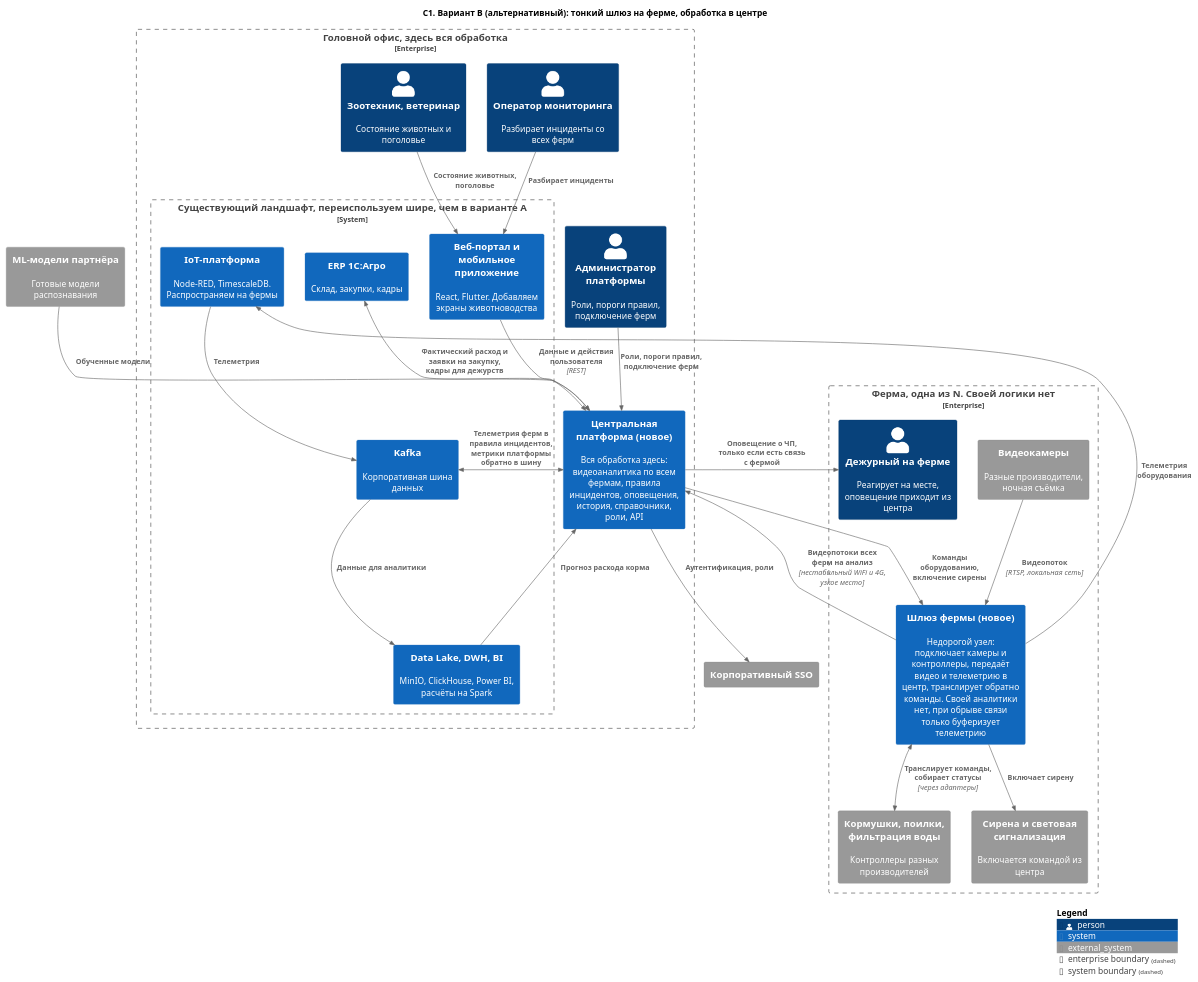
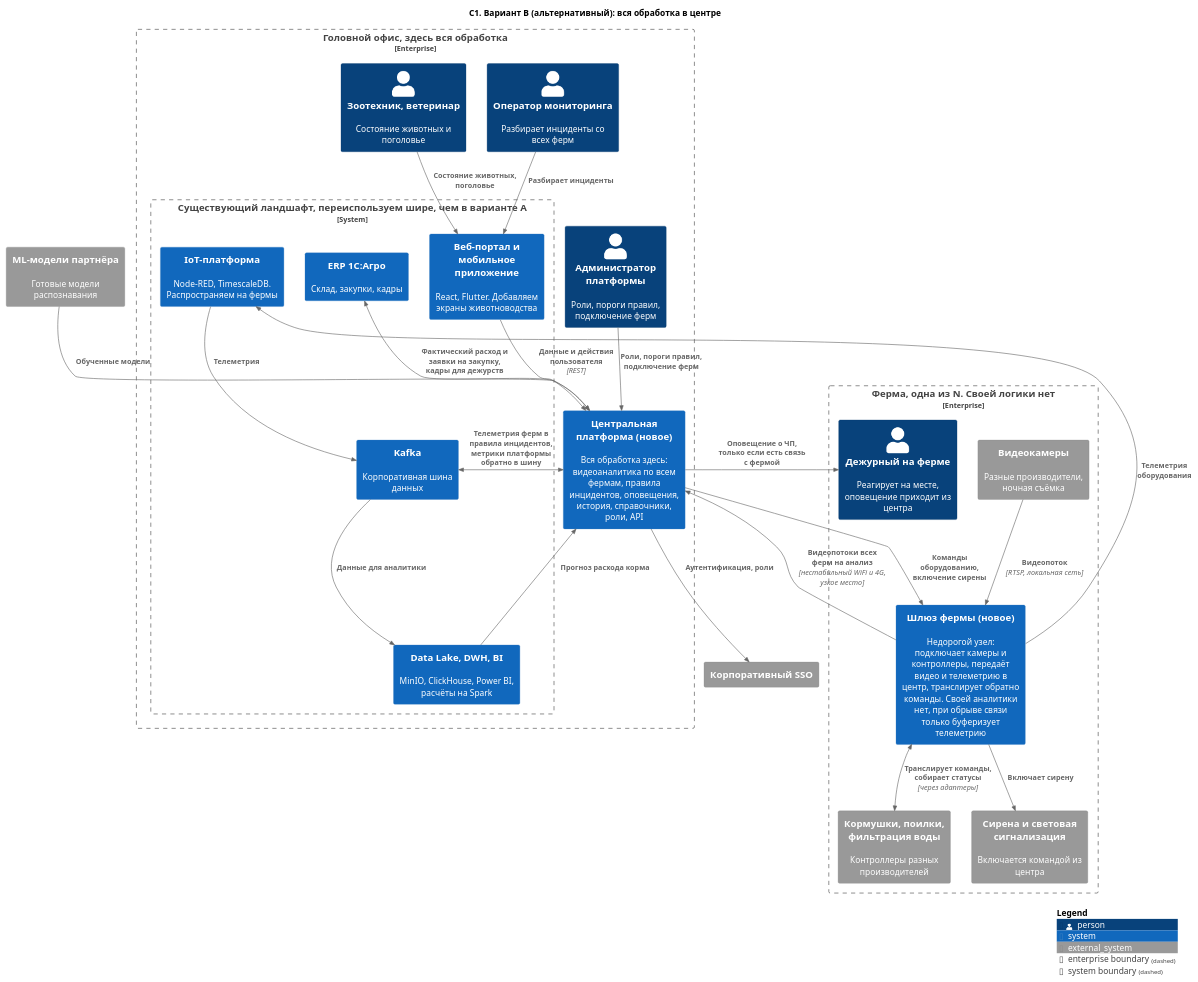
Before and after one commit to FCTL3314/MSA-AgroTech: the diagram in Task1/C1-alternative.puml, drawn with PlantUML. The commit also changed 4 other files, not shown here.

```diff
--- a/Task1/C1-alternative.puml
+++ b/Task1/C1-alternative.puml
@@ -1,56 +1,56 @@
 @startuml C1-alternative
 !include <C4/C4_Context>
 
-title C1. Вариант B (альтернативный): тонкий шлюз на ферме, обработка в центре
+title C1. Вариант B (альтернативный): вся обработка в центре
 
 Enterprise_Boundary(farm, "Ферма, одна из N. Своей логики нет") {
   Person(duty, "Дежурный на ферме", "Реагирует на месте, оповещение приходит из центра")
 
   System(gateway, "Шлюз фермы (новое)", "Недорогой узел: подключает камеры и контроллеры, передаёт видео и телеметрию в центр, транслирует обратно команды. Своей аналитики нет, при обрыве связи только буферизует телеметрию")
 
   System_Ext(cameras, "Видеокамеры", "Разные производители, ночная съёмка")
   System_Ext(equipment, "Кормушки, поилки, фильтрация воды", "Контроллеры разных производителей")
   System_Ext(siren, "Сирена и световая сигнализация", "Включается командой из центра")
 }
 
 Enterprise_Boundary(hq, "Головной офис, здесь вся обработка") {
   Person(operator, "Оператор мониторинга", "Разбирает инциденты со всех ферм")
   Person(zoo, "Зоотехник, ветеринар", "Состояние животных и поголовье")
   Person(admin, "Администратор платформы", "Роли, пороги правил, подключение ферм")
   System(central, "Центральная платформа (новое)", "Вся обработка здесь: видеоаналитика по всем фермам, правила инцидентов, оповещения, история, справочники, роли, API")
 
   System_Boundary(landscape, "Существующий ландшафт, переиспользуем шире, чем в варианте A") {
     System(iot, "IoT-платформа", "Node-RED, TimescaleDB. Распространяем на фермы")
     System(apps, "Веб-портал и мобильное приложение", "React, Flutter. Добавляем экраны животноводства")
     System(kafka, "Kafka", "Корпоративная шина данных")
     System(storage, "Data Lake, DWH, BI", "MinIO, ClickHouse, Power BI, расчёты на Spark")
     System(erp, "ERP 1С:Агро", "Склад, закупки, кадры")
   }
 }
 
 System_Ext(mlmodel, "ML-модели партнёра", "Готовые модели распознавания")
 System_Ext(idp, "Корпоративный SSO")
 
 Rel(cameras, gateway, "Видеопоток", "RTSP, локальная сеть")
 BiRel(gateway, equipment, "Транслирует команды, собирает статусы", "через адаптеры")
 Rel(gateway, siren, "Включает сирену")
 
 Rel(gateway, central, "Видеопотоки всех ферм на анализ", "нестабильный WiFi и 4G, узкое место")
 Rel(gateway, iot, "Телеметрия оборудования")
 Rel(central, gateway, "Команды оборудованию, включение сирены")
 Rel(central, duty, "Оповещение о ЧП, только если есть связь с фермой")
 BiRel(central, kafka, "Телеметрия ферм в правила инцидентов, метрики платформы обратно в шину")
 Rel(iot, kafka, "Телеметрия")
 Rel(mlmodel, central, "Обученные модели")
 
 Rel(operator, apps, "Разбирает инциденты")
 Rel(zoo, apps, "Состояние животных, поголовье")
 Rel(admin, central, "Роли, пороги правил, подключение ферм")
 Rel(apps, central, "Данные и действия пользователя", "REST")
 Rel(central, idp, "Аутентификация, роли")
 Rel(kafka, storage, "Данные для аналитики")
 Rel(storage, central, "Прогноз расхода корма")
 BiRel(central, erp, "Фактический расход и заявки на закупку, кадры для дежурств")
 
 SHOW_LEGEND()
 @enduml
```
